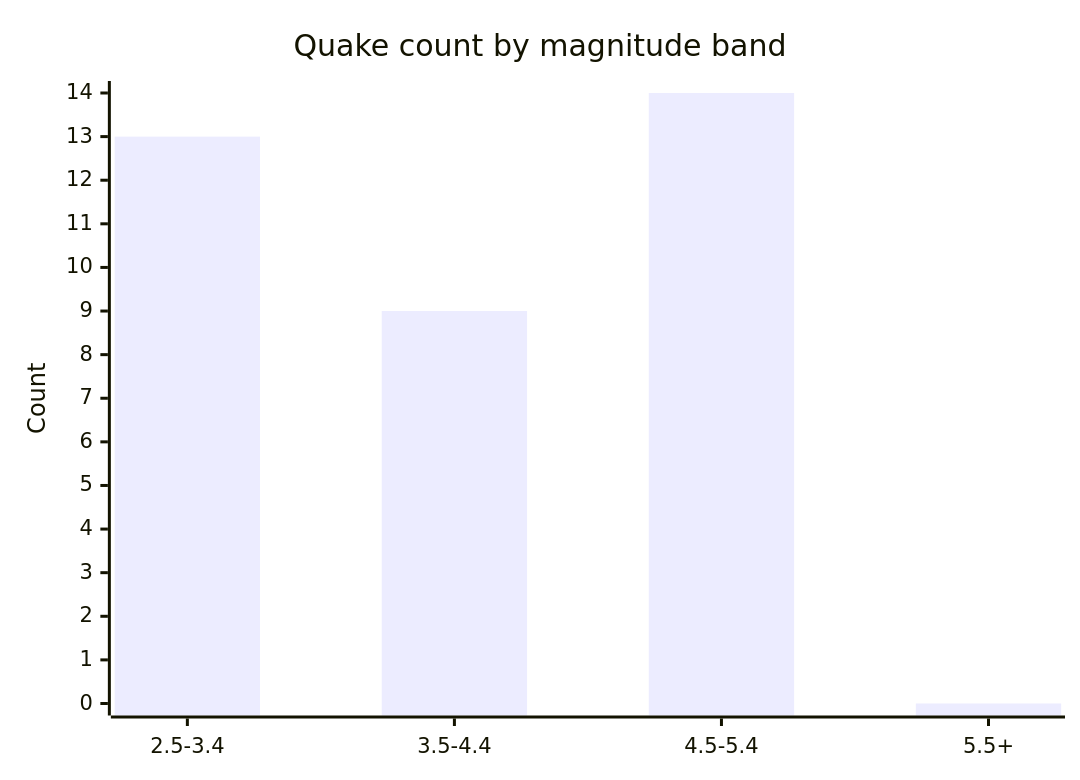
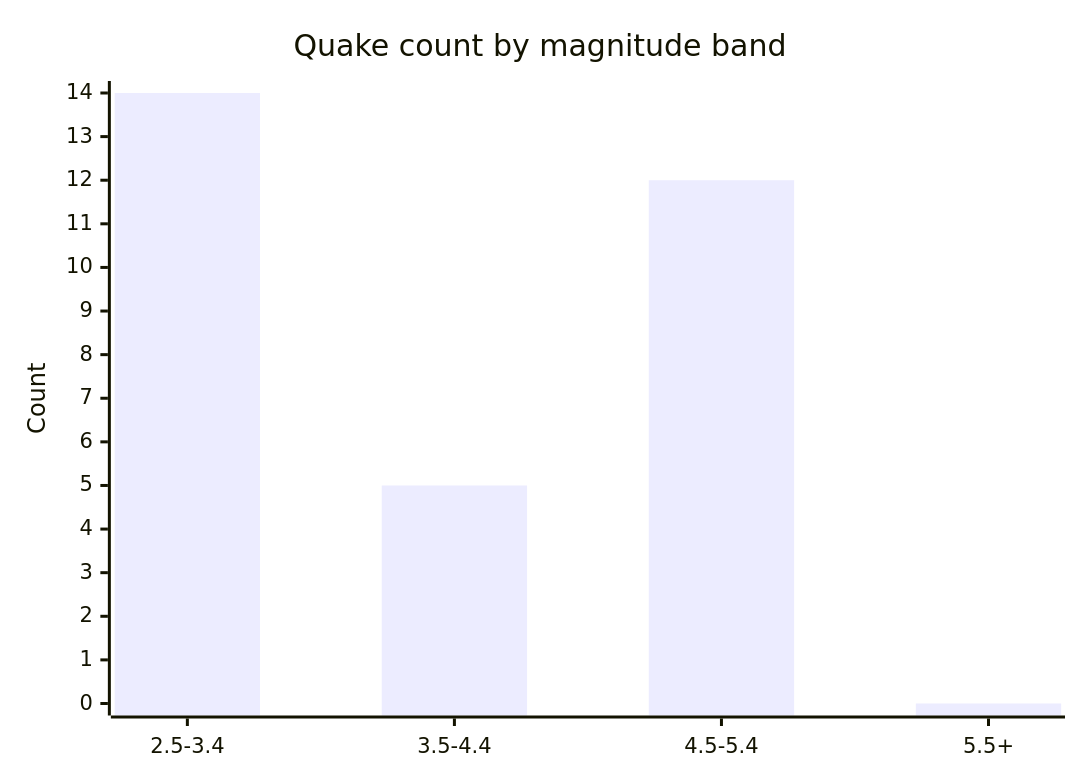
The fifth of 6 diagrams in docs/GRAPHS.md (Midwest-Stratospheric/aerostratospheric-defense-gir), drawn with Mermaid before and after one commit. The commit also changed other lines of this file and 23 other files, not shown here.

````diff
--- a/docs/GRAPHS.md
+++ b/docs/GRAPHS.md
@@ -82,7 +82,7 @@
 ```mermaid
 xychart-beta
   title "Quake count by magnitude band"
   x-axis ["2.5-3.4", "3.5-4.4", "4.5-5.4", "5.5+"]
   y-axis "Count" 0 --> 14
-  bar [13, 9, 14, 0]
+  bar [14, 5, 12, 0]
 ```
````
